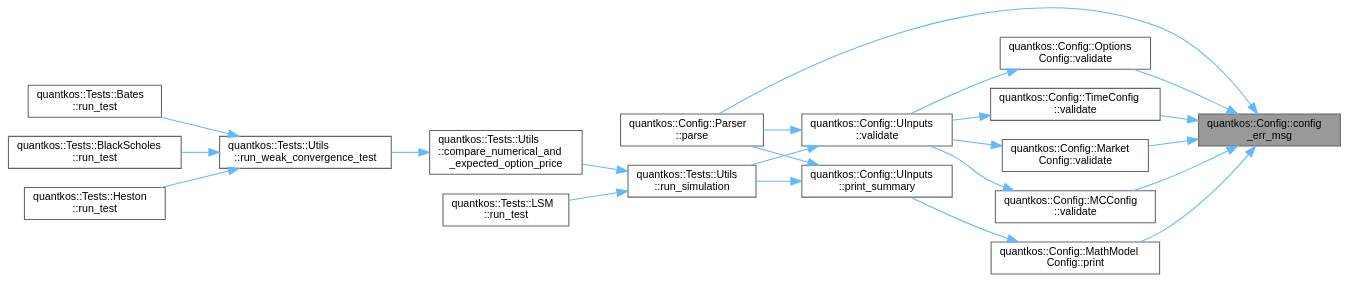
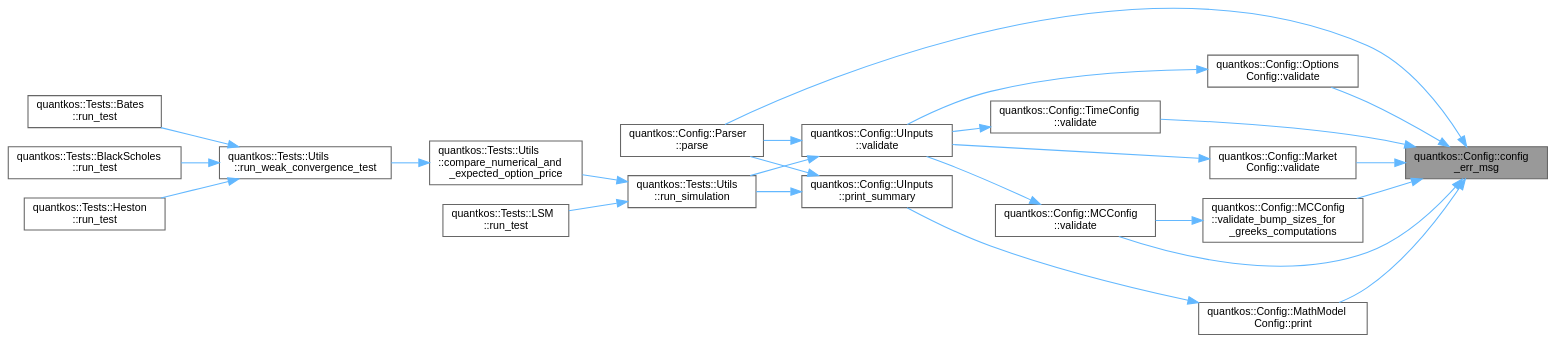
Before and after one commit to zeno-geddo/QuantKos: the diagram in dev-zen/namespacequantkos_1_1Config_aff388fa040087b3c283df72526d16ad5_icgraph.dot, drawn with Graphviz. The commit also changed 177 other files, not shown here.

```diff
--- a/dev-zen/namespacequantkos_1_1Config_aff388fa040087b3c283df72526d16ad5_icgraph.dot
+++ b/dev-zen/namespacequantkos_1_1Config_aff388fa040087b3c283df72526d16ad5_icgraph.dot
@@ -1,45 +1,48 @@
 digraph "quantkos::Config::config_err_msg"
 {
  // LATEX_PDF_SIZE
   bgcolor="transparent";
   edge [fontname=Helvetica,fontsize=10,labelfontname=Helvetica,labelfontsize=10];
   node [fontname=Helvetica,fontsize=10,shape=box,height=0.2,width=0.4];
   rankdir="RL";
   Node1 [id="Node000001",label="quantkos::Config::config\l_err_msg",height=0.2,width=0.4,color="gray40", fillcolor="grey60", style="filled", fontcolor="black",tooltip="Internal helper to make configuration error messages cleaner."];
   Node1 -> Node2 [id="edge1_Node000001_Node000002",dir="back",color="steelblue1",style="solid",tooltip=" "];
   Node2 [id="Node000002",label="quantkos::Config::Parser\l::parse",height=0.2,width=0.4,color="grey40", fillcolor="white", style="filled",URL="$classquantkos_1_1Config_1_1Parser.html#aabc3ac2aea636393b33217ea50d5c51a",tooltip="Parses a YAML configuration file and populates the master input parameters block."];
   Node1 -> Node3 [id="edge2_Node000001_Node000003",dir="back",color="steelblue1",style="solid",tooltip=" "];
   Node3 [id="Node000003",label="quantkos::Config::MathModel\lConfig::print",height=0.2,width=0.4,color="grey40", fillcolor="white", style="filled",URL="$structquantkos_1_1Config_1_1MathModelConfig.html#a757b86eadbba4f504c12abe117d28af6",tooltip="Prints a mathematical representation of the model and its current parameters."];
   Node3 -> Node4 [id="edge3_Node000003_Node000004",dir="back",color="steelblue1",style="solid",tooltip=" "];
   Node4 [id="Node000004",label="quantkos::Config::UInputs\l::print_summary",height=0.2,width=0.4,color="grey40", fillcolor="white", style="filled",URL="$structquantkos_1_1Config_1_1UInputs.html#af13131ca2576b90abe822c1ac3f868ce",tooltip="Prints a formatted summary of the entire simulation configuration."];
   Node4 -> Node2 [id="edge4_Node000004_Node000002",dir="back",color="steelblue1",style="solid",tooltip=" "];
   Node4 -> Node5 [id="edge5_Node000004_Node000005",dir="back",color="steelblue1",style="solid",tooltip=" "];
   Node5 [id="Node000005",label="quantkos::Tests::Utils\l::run_simulation",height=0.2,width=0.4,color="grey40", fillcolor="white", style="filled",URL="$namespacequantkos_1_1Tests_1_1Utils.html#a7ba58271fae7a001558c83b87d90e476",tooltip="Stateless entry point that validates configuration states and launches a simulation run."];
   Node5 -> Node6 [id="edge6_Node000005_Node000006",dir="back",color="steelblue1",style="solid",tooltip=" "];
   Node6 [id="Node000006",label="quantkos::Tests::Utils\l::compare_numerical_and\l_expected_option_price",height=0.2,width=0.4,color="grey40", fillcolor="white", style="filled",URL="$namespacequantkos_1_1Tests_1_1Utils.html#aa7e2d8e918ec0460eddd8acd2882a264",tooltip="Launches a single simulation block and evaluates absolute error against an exact benchmark."];
   Node6 -> Node7 [id="edge7_Node000006_Node000007",dir="back",color="steelblue1",style="solid",tooltip=" "];
   Node7 [id="Node000007",label="quantkos::Tests::Utils\l::run_weak_convergence_test",height=0.2,width=0.4,color="grey40", fillcolor="white", style="filled",URL="$namespacequantkos_1_1Tests_1_1Utils.html#a0b57a4bcb249c0dfb7dec2bd4348661a",tooltip="Automates a multi-model weak convergence analysis."];
   Node7 -> Node8 [id="edge8_Node000007_Node000008",dir="back",color="steelblue1",style="solid",tooltip=" "];
   Node8 [id="Node000008",label="quantkos::Tests::Bates\l::run_test",height=0.2,width=0.4,color="grey40", fillcolor="white", style="filled",URL="$namespacequantkos_1_1Tests_1_1Bates.html#a964fdf7cc22700bdc4cc24e553b961cf",tooltip="Runs the weak convergence test sweep comparing numerical option prices to the Bates exact analytical ..."];
   Node7 -> Node9 [id="edge9_Node000007_Node000009",dir="back",color="steelblue1",style="solid",tooltip=" "];
   Node9 [id="Node000009",label="quantkos::Tests::BlackScholes\l::run_test",height=0.2,width=0.4,color="grey40", fillcolor="white", style="filled",URL="$namespacequantkos_1_1Tests_1_1BlackScholes.html#a10d200477b9810ca394f1e0e876b1105",tooltip="Executes the weak convergence test comparing numerical outcomes to Black-Scholes exact pricing."];
   Node7 -> Node10 [id="edge10_Node000007_Node000010",dir="back",color="steelblue1",style="solid",tooltip=" "];
   Node10 [id="Node000010",label="quantkos::Tests::Heston\l::run_test",height=0.2,width=0.4,color="grey40", fillcolor="white", style="filled",URL="$namespacequantkos_1_1Tests_1_1Heston.html#ac83c9c8e51fbd7563ee9d5cebfae3b3e",tooltip="Runs the weak convergence test comparing numerical option prices to the Heston exact analytical price..."];
   Node5 -> Node11 [id="edge11_Node000005_Node000011",dir="back",color="steelblue1",style="solid",tooltip=" "];
   Node11 [id="Node000011",label="quantkos::Tests::LSM\l::run_test",height=0.2,width=0.4,color="grey40", fillcolor="white", style="filled",URL="$namespacequantkos_1_1Tests_1_1LSM.html#af8142e2cbf2957687b7124902e15fc42",tooltip=" "];
   Node1 -> Node12 [id="edge12_Node000001_Node000012",dir="back",color="steelblue1",style="solid",tooltip=" "];
   Node12 [id="Node000012",label="quantkos::Config::TimeConfig\l::validate",height=0.2,width=0.4,color="grey40", fillcolor="white", style="filled",URL="$structquantkos_1_1Config_1_1TimeConfig.html#a2ddaae592649fa85ec4426299a1bfb0a",tooltip="Validates that the time stepping parameters lie within physically meaningful ranges...."];
   Node12 -> Node13 [id="edge13_Node000012_Node000013",dir="back",color="steelblue1",style="solid",tooltip=" "];
   Node13 [id="Node000013",label="quantkos::Config::UInputs\l::validate",height=0.2,width=0.4,color="grey40", fillcolor="white", style="filled",URL="$structquantkos_1_1Config_1_1UInputs.html#a47a3789b6fa1fa48d5d4e72ba2175f12",tooltip="Performs a full validation of all sub-configurations."];
   Node13 -> Node2 [id="edge14_Node000013_Node000002",dir="back",color="steelblue1",style="solid",tooltip=" "];
   Node13 -> Node5 [id="edge15_Node000013_Node000005",dir="back",color="steelblue1",style="solid",tooltip=" "];
   Node1 -> Node14 [id="edge16_Node000001_Node000014",dir="back",color="steelblue1",style="solid",tooltip=" "];
   Node14 [id="Node000014",label="quantkos::Config::Market\lConfig::validate",height=0.2,width=0.4,color="grey40", fillcolor="white", style="filled",URL="$structquantkos_1_1Config_1_1MarketConfig.html#a54f4278a6948384085118fe28fe7bcb7",tooltip="Validates that the market parameters lie within physically meaningful and numerically stable ranges."];
   Node14 -> Node13 [id="edge17_Node000014_Node000013",dir="back",color="steelblue1",style="solid",tooltip=" "];
   Node1 -> Node15 [id="edge18_Node000001_Node000015",dir="back",color="steelblue1",style="solid",tooltip=" "];
   Node15 [id="Node000015",label="quantkos::Config::MCConfig\l::validate",height=0.2,width=0.4,color="grey40", fillcolor="white", style="filled",URL="$structquantkos_1_1Config_1_1MCConfig.html#a093350c12e72fba61f9a95d8f83df146",tooltip="Validates hardware limits and simulation parameters."];
   Node15 -> Node13 [id="edge19_Node000015_Node000013",dir="back",color="steelblue1",style="solid",tooltip=" "];
   Node1 -> Node16 [id="edge20_Node000001_Node000016",dir="back",color="steelblue1",style="solid",tooltip=" "];
   Node16 [id="Node000016",label="quantkos::Config::Options\lConfig::validate",height=0.2,width=0.4,color="grey40", fillcolor="white", style="filled",URL="$structquantkos_1_1Config_1_1OptionsConfig.html#acac0df8101094c3986c193be232052f9",tooltip="Validates that the options parameters lie within physically meaningful ranges."];
   Node16 -> Node13 [id="edge21_Node000016_Node000013",dir="back",color="steelblue1",style="solid",tooltip=" "];
+  Node1 -> Node17 [id="edge22_Node000001_Node000017",dir="back",color="steelblue1",style="solid",tooltip=" "];
+  Node17 [id="Node000017",label="quantkos::Config::MCConfig\l::validate_bump_sizes_for\l_greeks_computations",height=0.2,width=0.4,color="grey40", fillcolor="white", style="filled",URL="$structquantkos_1_1Config_1_1MCConfig.html#aba0024d54863bce87cef9b402f183634",tooltip="Validates that Greek bump sizes are mathematically safe."];
+  Node17 -> Node15 [id="edge23_Node000017_Node000015",dir="back",color="steelblue1",style="solid",tooltip=" "];
 }
```
